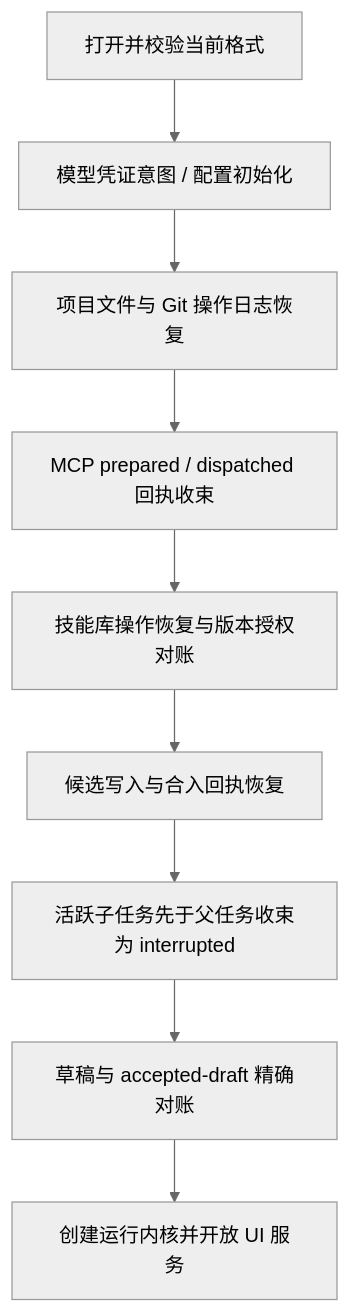
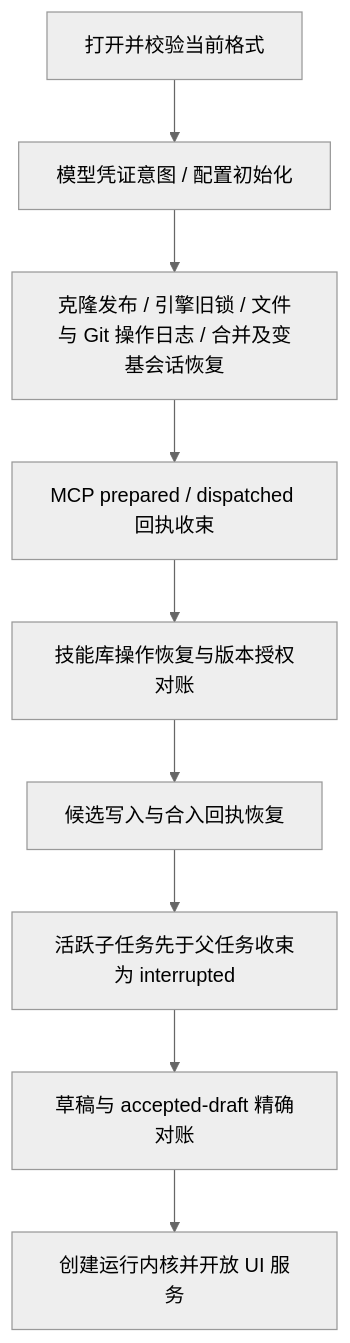
The diagram in docs/storage-and-recovery.md (VoidState-1/AgentMobile), drawn with Mermaid (neutral theme) before and after one commit. The commit also changed other lines of this file and 8 other files, not shown here.

````diff
--- a/docs/storage-and-recovery.md
+++ b/docs/storage-and-recovery.md
@@ -110,11 +129,11 @@
 ```mermaid
 flowchart TD
     S[打开并校验当前格式] --> C[模型凭证意图 / 配置初始化]
-    C --> W[项目文件与 Git 操作日志恢复]
+    C --> W[克隆发布 / 引擎旧锁 / 文件与 Git 操作日志 / 合并及变基会话恢复]
     W --> M[MCP prepared / dispatched 回执收束]
     M --> K[技能库操作恢复与版本授权对账]
     K --> P[候选写入与合入回执恢复]
     P --> R[活跃子任务先于父任务收束为 interrupted]
     R --> D[草稿与 accepted-draft 精确对账]
     D --> A[创建运行内核并开放 UI 服务]
 ```
````
